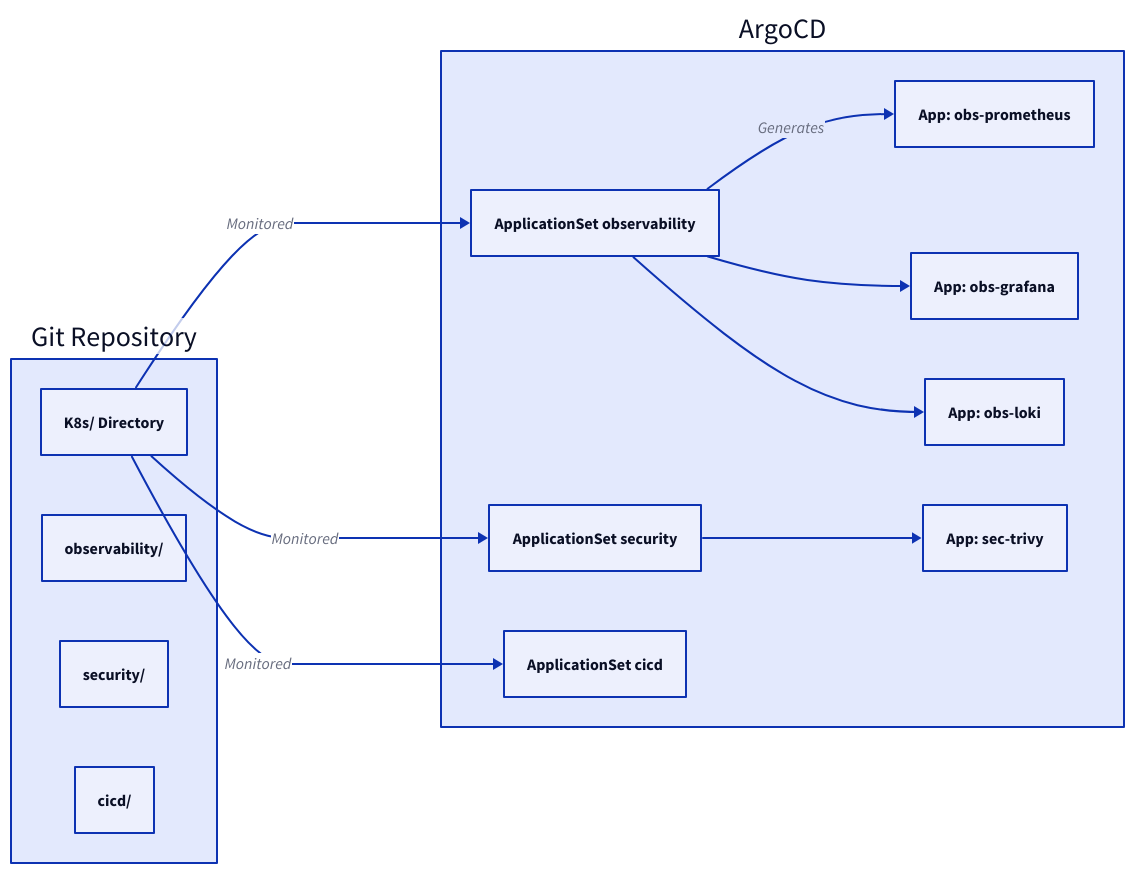
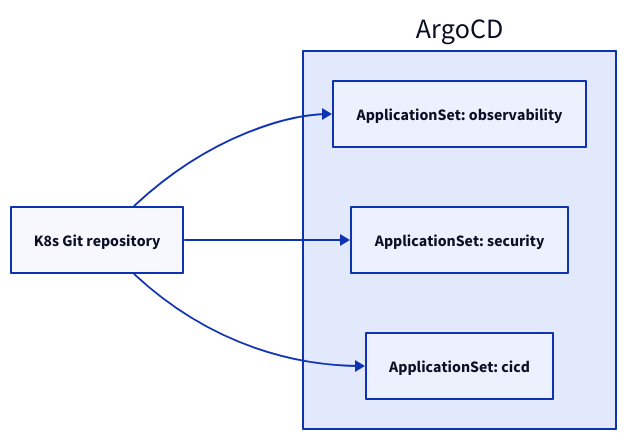
The fourth of 5 diagrams in Docs/architecture/visual.md (rou-cru/idp-blueprint), drawn with D2 before and after one commit. The commit also changed other lines of this file and 78 other files, not shown here.

Commit message:
docs: restructure architecture and operations

````diff
--- a/Docs/architecture/visual.md
+++ b/Docs/architecture/visual.md
@@ -288,30 +124,16 @@
 ```d2
 direction: right
 
-Git: {
-  label: "Git Repository"
-  K8sDir: "K8s/ Directory"
-  Obs: "observability/"
-  Sec: "security/"
-  CiCd: "cicd/"
-}
+Git: "K8s Git repository"
 
 Argo: {
   label: "ArgoCD"
-  ASObs: "ApplicationSet observability"
-  ASSec: "ApplicationSet security"
-  ASCi: "ApplicationSet cicd"
-  AppProm: "App: obs-prometheus"
-  AppGraf: "App: obs-grafana"
-  AppLoki: "App: obs-loki"
-  AppTrivy: "App: sec-trivy"
+  ASObs: "ApplicationSet: observability"
+  ASSec: "ApplicationSet: security"
+  ASCi: "ApplicationSet: cicd"
 }
 
-Git.K8sDir -> Argo.ASObs: Monitored
-Git.K8sDir -> Argo.ASSec: Monitored
-Git.K8sDir -> Argo.ASCi: Monitored
-Argo.ASObs -> Argo.AppProm: Generates
-Argo.ASObs -> Argo.AppGraf
-Argo.ASObs -> Argo.AppLoki
-Argo.ASSec -> Argo.AppTrivy
+Git -> Argo.ASObs
+Git -> Argo.ASSec
+Git -> Argo.ASCi
 ```
````
